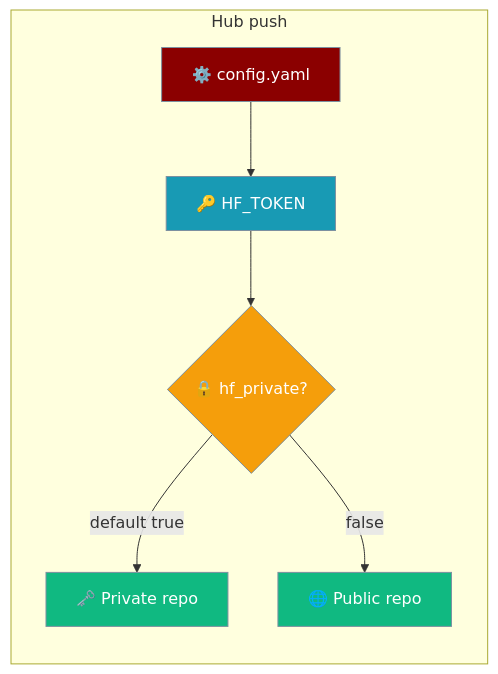
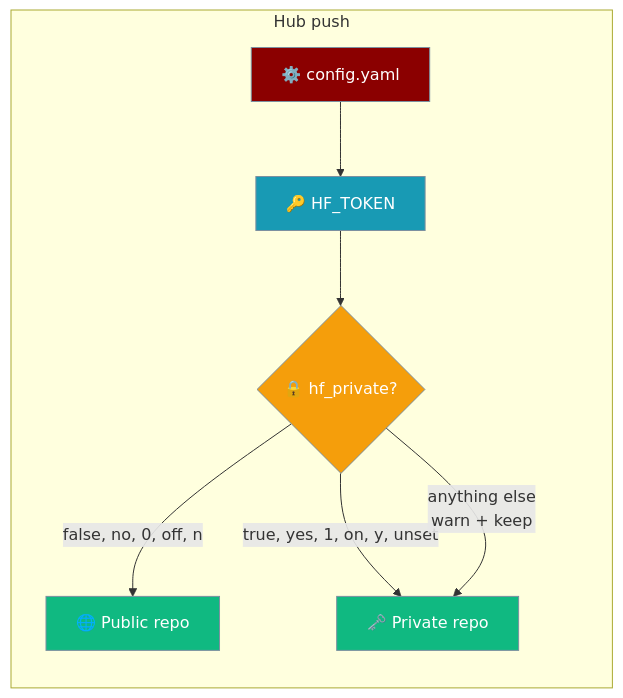
One commit to MervinPraison/PraisonAIDocs changed the diagram in docs/features/praisonai-train-hub-privacy.mdx. Above: the diagram before and after it, drawn with Mermaid. The commit also changed other lines of this file and 4 other files, not shown here.

````diff
--- a/docs/features/praisonai-train-hub-privacy.mdx
+++ b/docs/features/praisonai-train-hub-privacy.mdx
@@ -14,17 +16,18 @@
 ```mermaid
 graph LR
     subgraph "Hub push"
         C[⚙️ config.yaml] --> K[🔑 HF_TOKEN]
         K --> P{🔒 hf_private?}
-        P -->|default true| Priv[🗝️ Private repo]
-        P -->|false| Pub[🌐 Public repo]
+        P -->|false, no, 0, off, n| Pub[🌐 Public repo]
+        P -->|true, yes, 1, on, y, unset| Priv[🗝️ Private repo]
+        P -->|anything else<br/>warn + keep| Priv
     end
     classDef in fill:#8B0000,stroke:#7C90A0,color:#fff
     classDef proc fill:#189AB4,stroke:#7C90A0,color:#fff
     classDef q fill:#F59E0B,stroke:#7C90A0,color:#fff
     classDef out fill:#10B981,stroke:#7C90A0,color:#fff
     class C in
     class K proc
     class P q
     class Priv,Pub out
 ```
````
